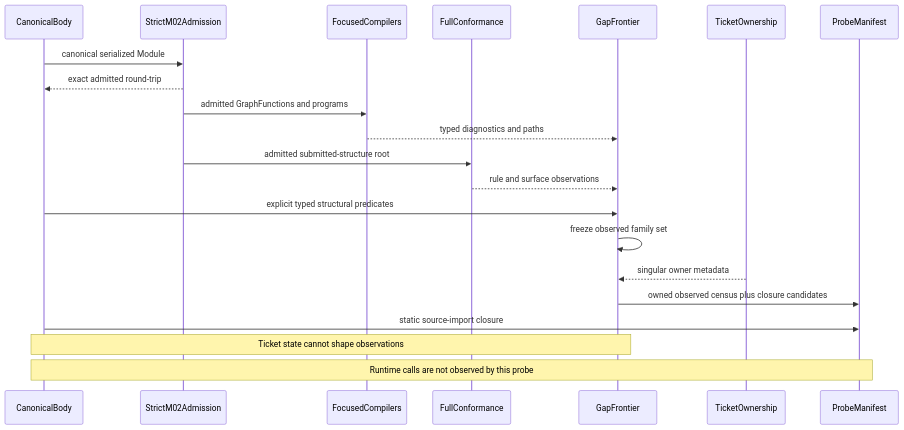
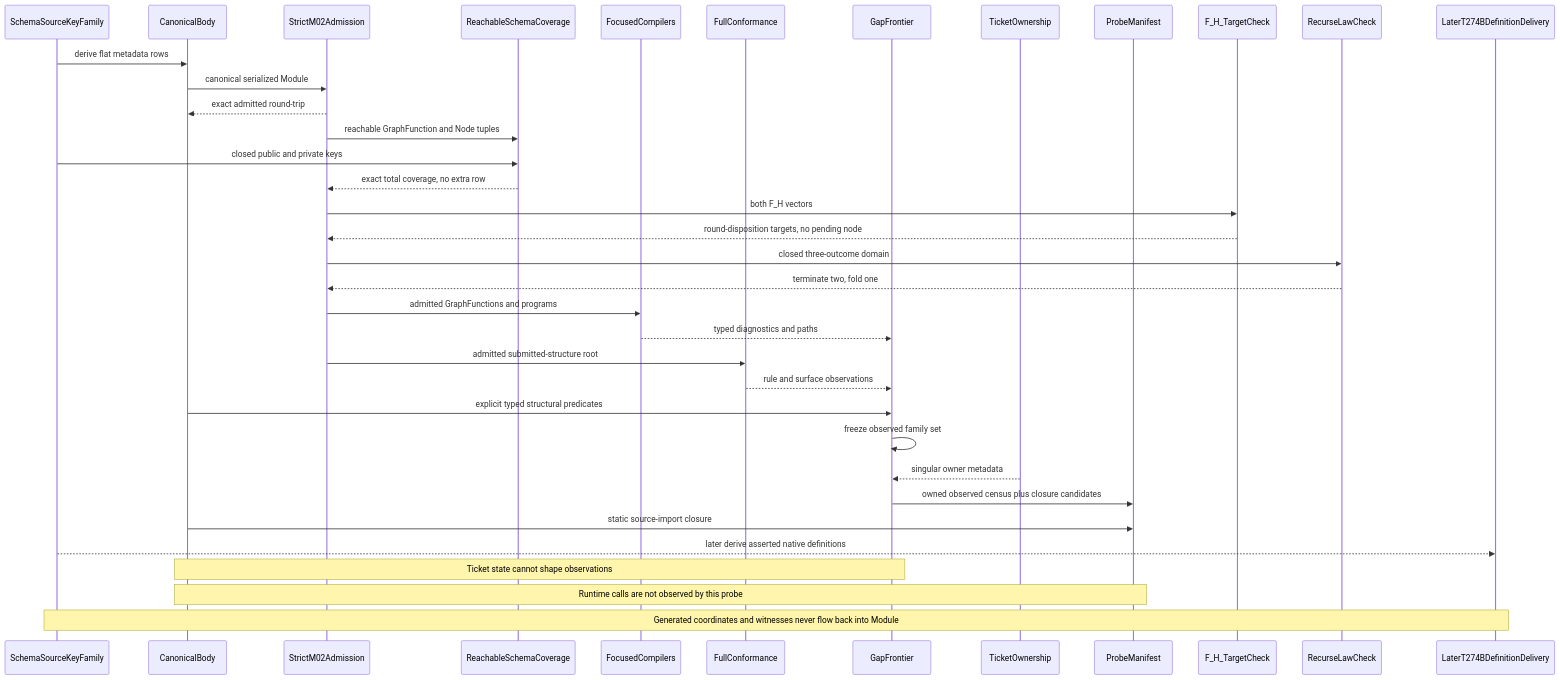
The second of 3 diagrams in build_tenants/abiogenesis/typescript/design/M01_M03_CONSENSUS_GTL_FREE_CONSTRUCTION_BEHAVIOR_DESIGN.md (foolishimp/abiogenesis), drawn with Mermaid before and after one commit. The commit also changed other lines of this file and 7 other files, not shown here.

````diff
--- a/build_tenants/abiogenesis/typescript/design/M01_M03_CONSENSUS_GTL_FREE_CONSTRUCTION_BEHAVIOR_DESIGN.md
+++ b/build_tenants/abiogenesis/typescript/design/M01_M03_CONSENSUS_GTL_FREE_CONSTRUCTION_BEHAVIOR_DESIGN.md
@@ -261,25 +482,40 @@
 ```mermaid
 sequenceDiagram
+  participant Sources as SchemaSourceKeyFamily
   participant Body as CanonicalBody
   participant M02 as StrictM02Admission
+  participant SchemaCheck as ReachableSchemaCoverage
   participant Compilers as FocusedCompilers
   participant Conformance as FullConformance
   participant Frontier as GapFrontier
   participant Tickets as TicketOwnership
   participant Manifest as ProbeManifest
+  participant FhTargets as F_H_TargetCheck
+  participant Recurse as RecurseLawCheck
+  participant T274B as LaterT274BDefinitionDelivery
 
+  Sources->>Body: derive flat metadata rows
   Body->>M02: canonical serialized Module
   M02-->>Body: exact admitted round-trip
+  M02->>SchemaCheck: reachable GraphFunction and Node tuples
+  Sources->>SchemaCheck: closed public and private keys
+  SchemaCheck-->>M02: exact total coverage, no extra row
+  M02->>FhTargets: both F_H vectors
+  FhTargets-->>M02: round-disposition targets, no pending node
+  M02->>Recurse: closed three-outcome domain
+  Recurse-->>M02: terminate two, fold one
   M02->>Compilers: admitted GraphFunctions and programs
   Compilers-->>Frontier: typed diagnostics and paths
   M02->>Conformance: admitted submitted-structure root
   Conformance-->>Frontier: rule and surface observations
   Body->>Frontier: explicit typed structural predicates
   Frontier->>Frontier: freeze observed family set
   Tickets-->>Frontier: singular owner metadata
   Frontier->>Manifest: owned observed census plus closure candidates
   Body->>Manifest: static source-import closure
+  Sources-->>T274B: later derive asserted native definitions
 
   Note over Body,Frontier: Ticket state cannot shape observations
   Note over Body,Manifest: Runtime calls are not observed by this probe
+  Note over Sources,T274B: Generated coordinates and witnesses never flow back into Module
 ```
````
